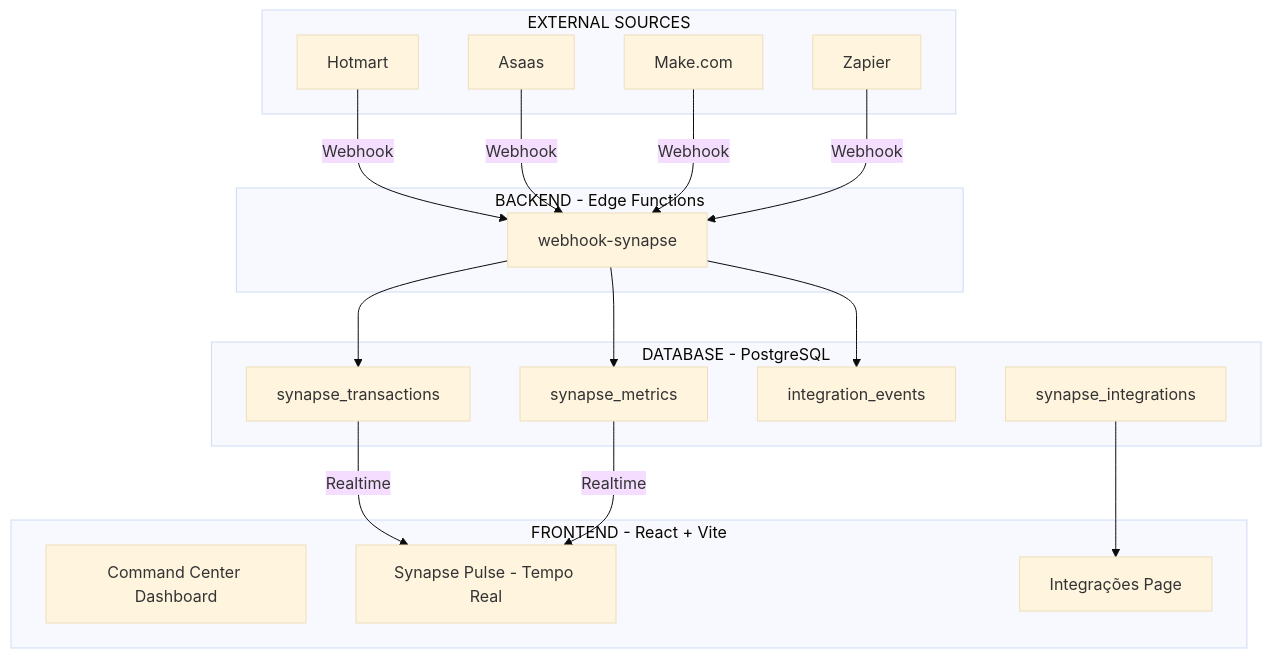
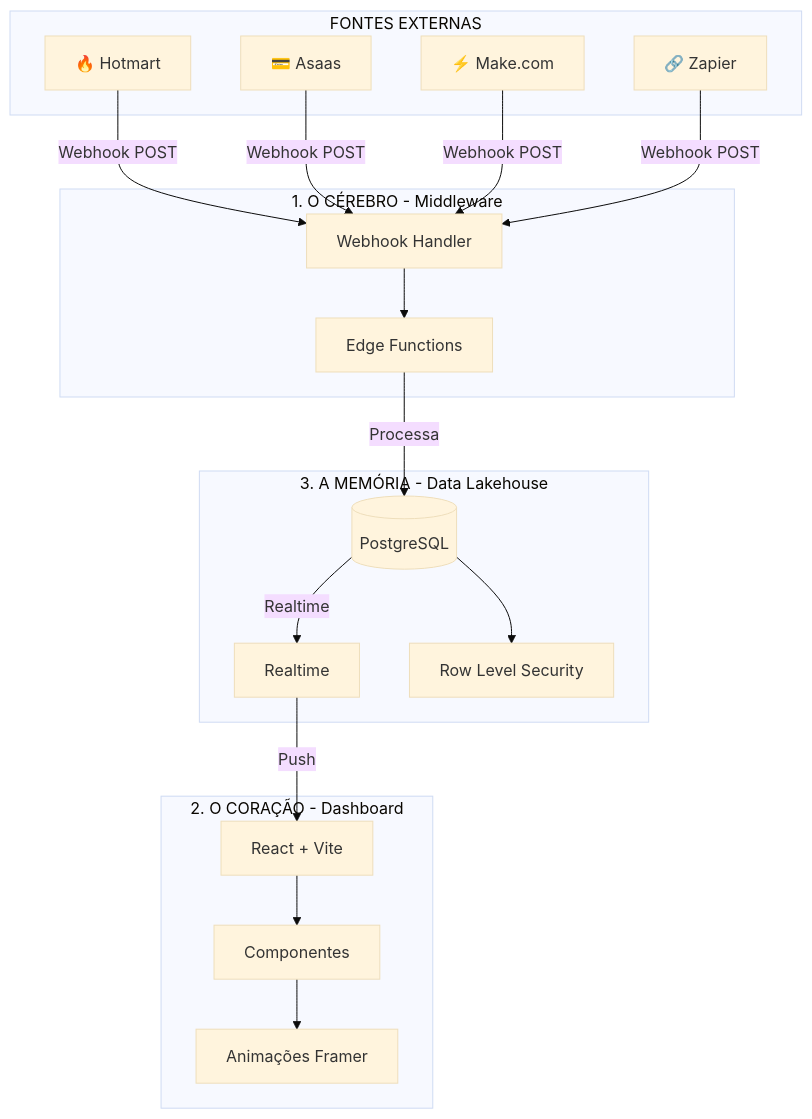
Before and after one commit to moisesblank/people-flow-desk: the diagram in PROJETO_SYNAPSE.md, drawn with Mermaid (base theme). The commit also changed other lines of this file and 2 other files, not shown here.

````diff
--- a/PROJETO_SYNAPSE.md
+++ b/PROJETO_SYNAPSE.md
@@ -8,31 +44,35 @@
 ```mermaid
 graph TB
-    subgraph "FRONTEND - React + Vite"
-        A[Command Center Dashboard]
-        B[Synapse Pulse - Tempo Real]
-        C[Integrações Page]
+    subgraph "1. O CÉREBRO - Middleware"
+        EF[Edge Functions]
+        WH[Webhook Handler]
     end
     
-    subgraph "BACKEND - Edge Functions"
-        D[webhook-synapse]
+    subgraph "2. O CORAÇÃO - Dashboard"
+        UI[React + Vite]
+        CM[Componentes]
+        AN[Animações Framer]
     end
     
-    subgraph "DATABASE - PostgreSQL"
-        E[synapse_transactions]
-        F[synapse_metrics]
-        G[integration_events]
-        H[synapse_integrations]
+    subgraph "3. A MEMÓRIA - Data Lakehouse"
+        DB[(PostgreSQL)]
+        RT[Realtime]
+        RLS[Row Level Security]
     end
     
-    subgraph "EXTERNAL SOURCES"
-        I[Hotmart]
-        J[Asaas]
-        K[Make.com]
-        L[Zapier]
+    subgraph "FONTES EXTERNAS"
+        HM[🔥 Hotmart]
+        AS[💳 Asaas]
+        MK[⚡ Make.com]
+        ZP[🔗 Zapier]
     end
     
-    I & J & K & L -->|Webhook| D
-    D --> E & F & G
-    E & F -->|Realtime| B
-    H --> C
+    HM & AS & MK & ZP -->|Webhook POST| WH
+    WH --> EF
+    EF -->|Processa| DB
+    DB -->|Realtime| RT
+    RT -->|Push| UI
+    UI --> CM
+    CM --> AN
+    DB --> RLS
 ```
````
